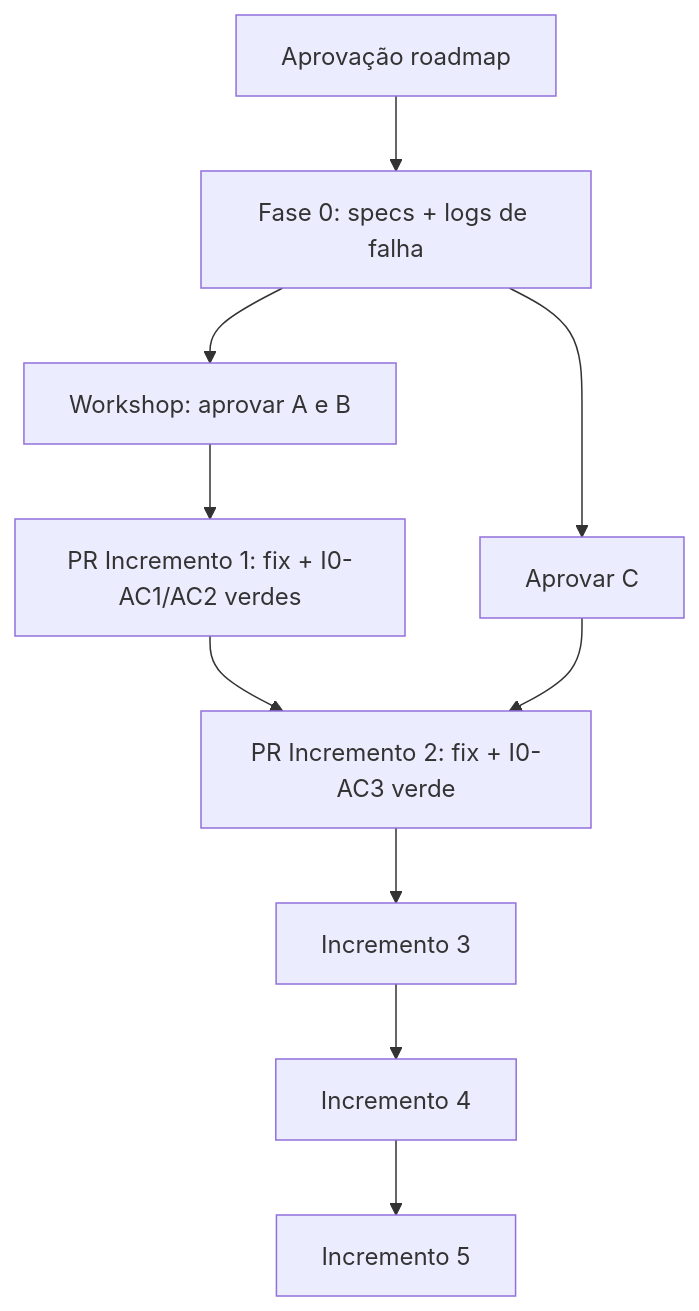
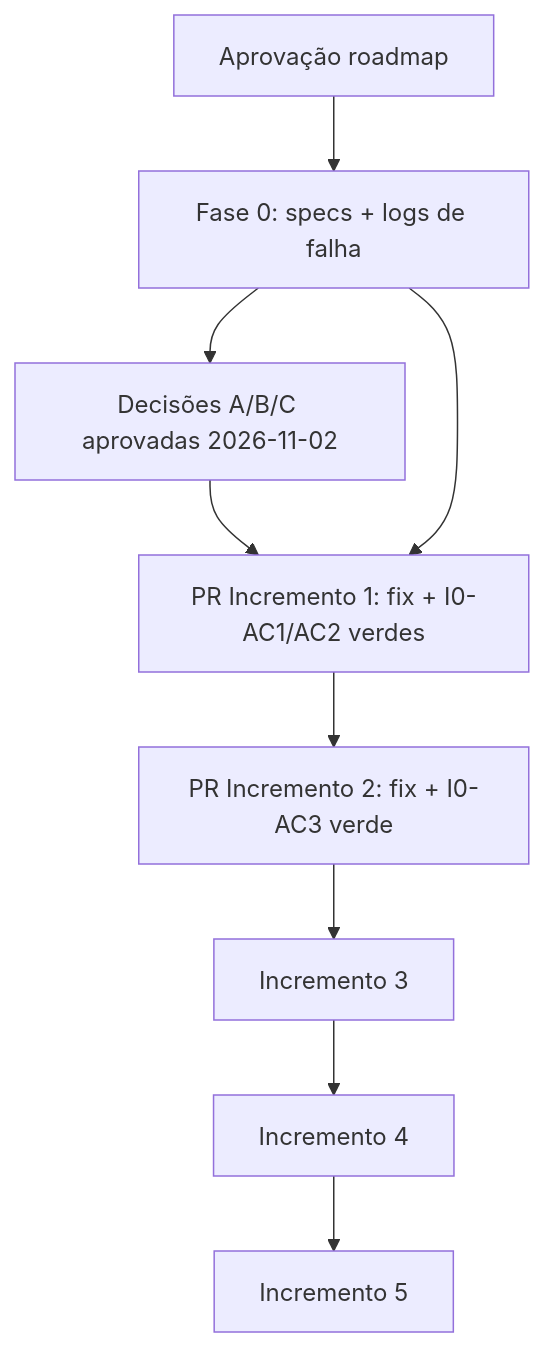
The diagram in reports/roadmap/06-execution-plan.md (rafaeljfec2/connexto-digital-signer), drawn with Mermaid before and after one commit. The commit also changed other lines of this file and 8 other files, not shown here.

````diff
--- a/reports/roadmap/06-execution-plan.md
+++ b/reports/roadmap/06-execution-plan.md
@@ -12,19 +12,17 @@
 ```mermaid
 flowchart TD
   start[Aprovação roadmap]
-  dAB[Workshop: aprovar A e B]
+  dAB[Decisões A/B/C aprovadas 2026-11-02]
   phase0[Fase 0: specs + logs de falha]
-  dC[Aprovar C]
   i1[PR Incremento 1: fix + I0-AC1/AC2 verdes]
   i2[PR Incremento 2: fix + I0-AC3 verde]
   i3[Incremento 3]
   i4[Incremento 4]
   i5[Incremento 5]
   start --> phase0
   phase0 --> dAB
   dAB --> i1
-  phase0 --> dC
+  phase0 --> i1
   i1 --> i2
-  dC --> i2
   i2 --> i3 --> i4 --> i5
 ```
````
